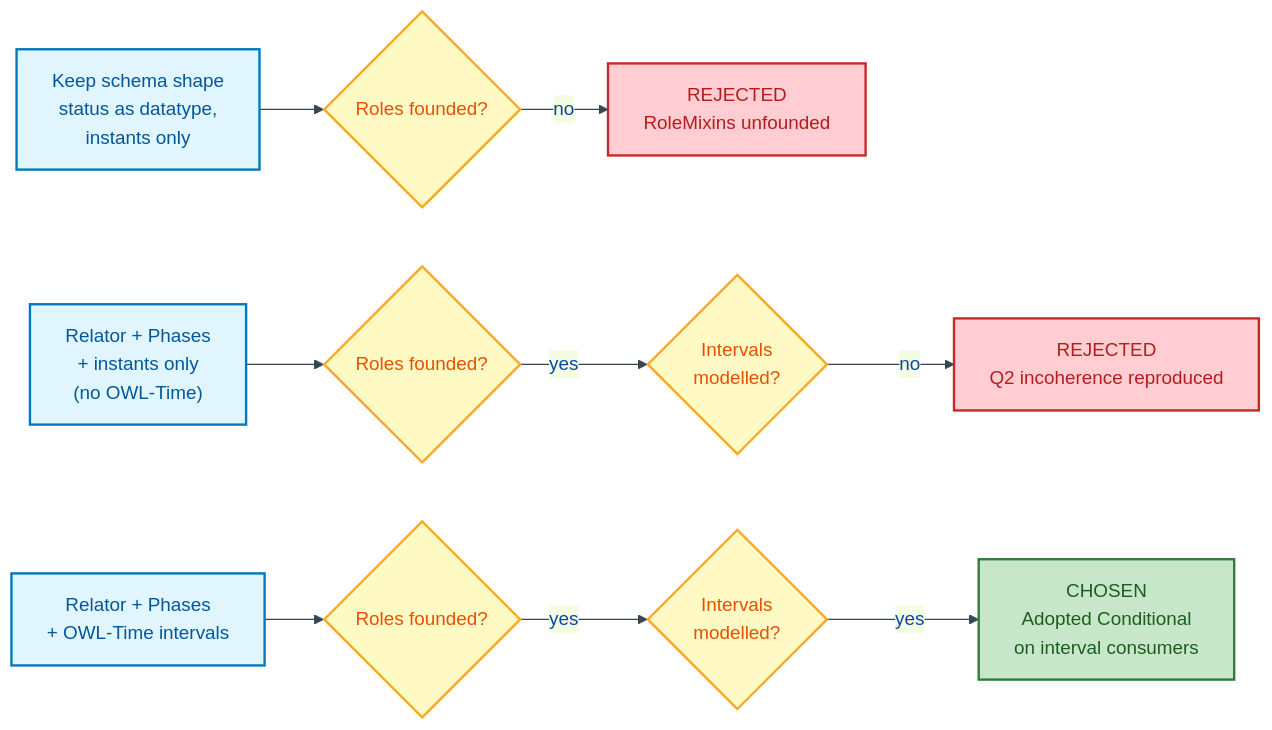
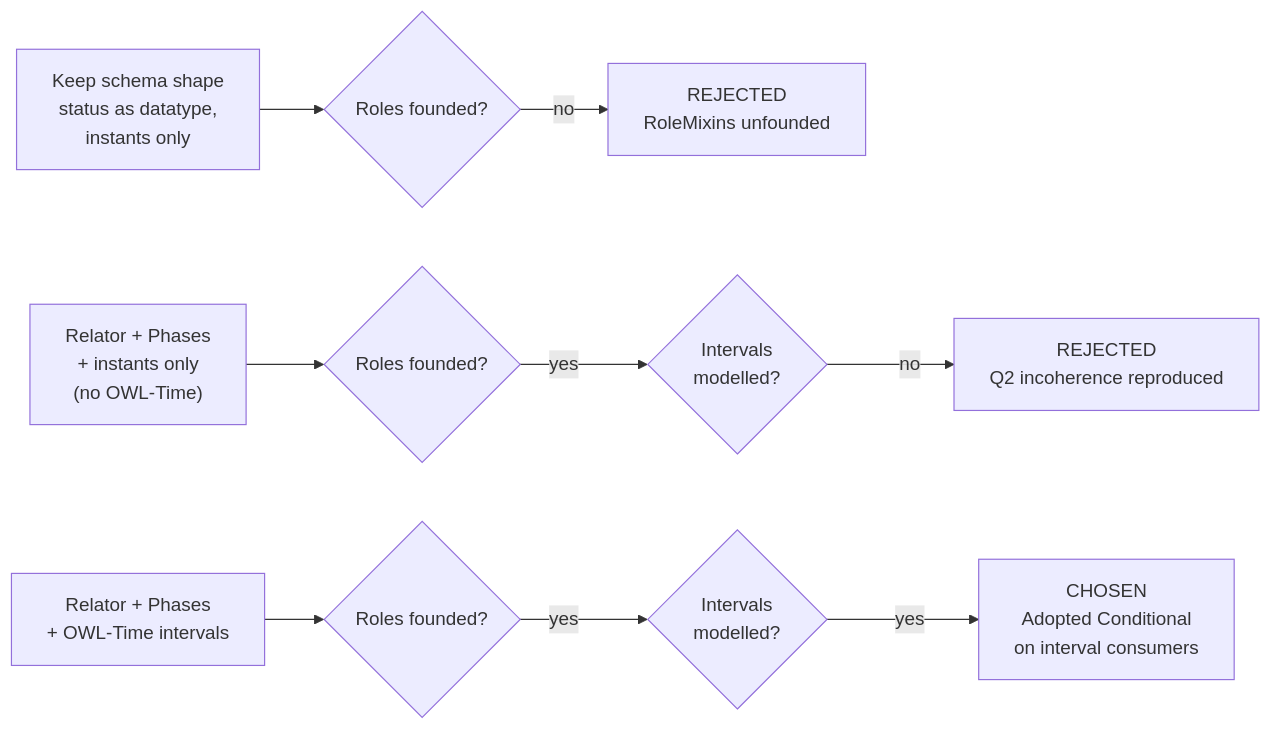
Before and after one commit to sparkling/opda: the third of 4 diagrams in docs/ontology/odr/ODR-0007-transactions-and-lifecycle.md, drawn with Mermaid. The commit also changed other lines of this file and 25 other files, not shown here.

````diff
--- a/docs/ontology/odr/ODR-0007-transactions-and-lifecycle.md
+++ b/docs/ontology/odr/ODR-0007-transactions-and-lifecycle.md
@@ -144,22 +142,17 @@
 ```mermaid
-%%{init:{"theme":"base","themeVariables":{"primaryColor":"#E3F2FD","primaryTextColor":"#0D47A1","primaryBorderColor":"#1565C0","lineColor":"#37474F"}}}%%
 flowchart LR
     accTitle: Alternatives considered and chosen outcome
     accDescr: Three candidate designs mapped against role-founding and interval-modelling drivers, showing why only the chosen option passes both tests.
 
-    classDef process fill:#E1F5FE,stroke:#0277BD,stroke-width:2px,color:#01579B
-    classDef decision fill:#FFF9C4,stroke:#F9A825,stroke-width:2px,color:#E65100
-    classDef output fill:#C8E6C9,stroke:#2E7D32,stroke-width:2px,color:#1B5E20
-    classDef rejected fill:#FFCDD2,stroke:#C62828,stroke-width:2px,color:#B71C1C
 
-    A1["Keep schema shape<br/>status as datatype,<br/>instants only"]:::process --> D1{"Roles founded?"}:::decision
-    D1 -->|"no"| R1["REJECTED<br/>RoleMixins unfounded"]:::rejected
+    A1["Keep schema shape<br/>status as datatype,<br/>instants only"]:::process --> D1{"Roles founded?"}:::warning
+    D1 -->|"no"| R1["REJECTED<br/>RoleMixins unfounded"]:::error
 
-    A2["Relator + Phases<br/>+ instants only<br/>(no OWL-Time)"]:::process --> D2{"Roles founded?"}:::decision
-    D2 -->|"yes"| D2b{"Intervals<br/>modelled?"}:::decision
-    D2b -->|"no"| R2["REJECTED<br/>Q2 incoherence reproduced"]:::rejected
+    A2["Relator + Phases<br/>+ instants only<br/>(no OWL-Time)"]:::process --> D2{"Roles founded?"}:::warning
+    D2 -->|"yes"| D2b{"Intervals<br/>modelled?"}:::warning
+    D2b -->|"no"| R2["REJECTED<br/>Q2 incoherence reproduced"]:::error
 
-    A3["Relator + Phases<br/>+ OWL-Time intervals"]:::process --> D3{"Roles founded?"}:::decision
-    D3 -->|"yes"| D3b{"Intervals<br/>modelled?"}:::decision
-    D3b -->|"yes"| C["CHOSEN<br/>Adopted Conditional<br/>on interval consumers"]:::output
+    A3["Relator + Phases<br/>+ OWL-Time intervals"]:::process --> D3{"Roles founded?"}:::warning
+    D3 -->|"yes"| D3b{"Intervals<br/>modelled?"}:::warning
+    D3b -->|"yes"| C["CHOSEN<br/>Adopted Conditional<br/>on interval consumers"]:::success
 ```
````
